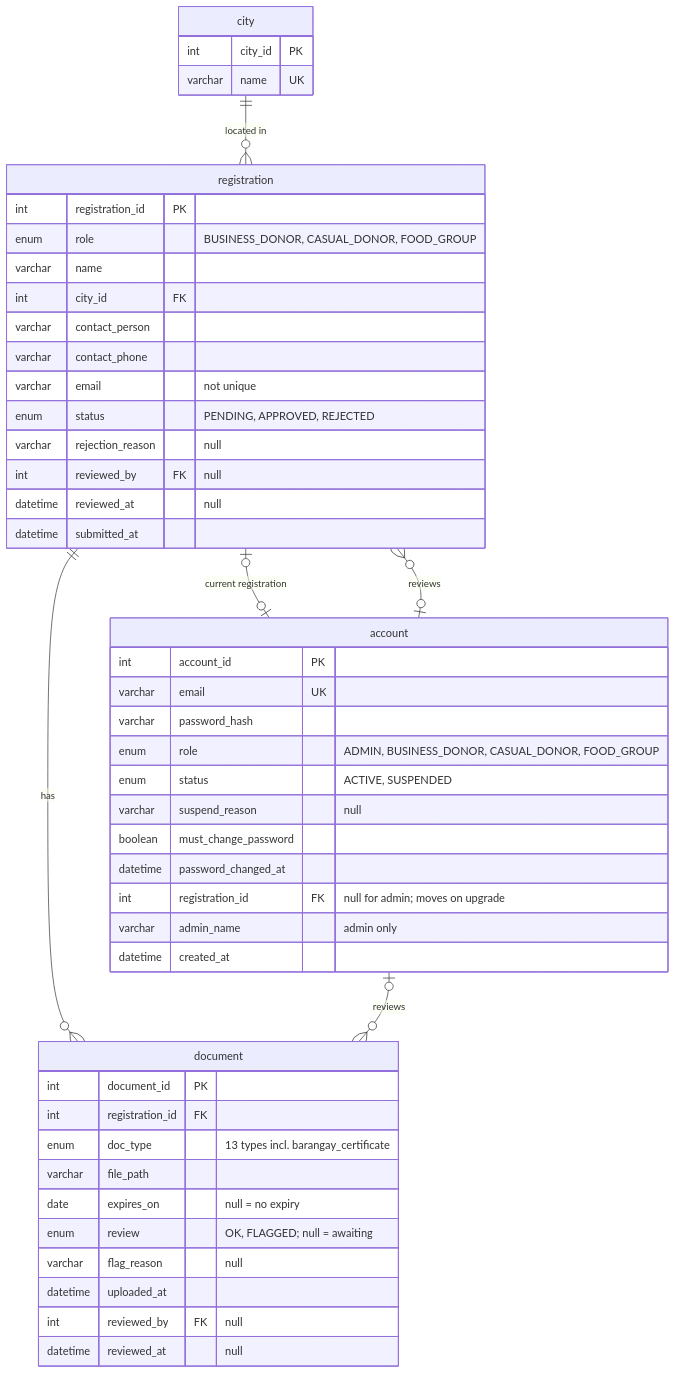
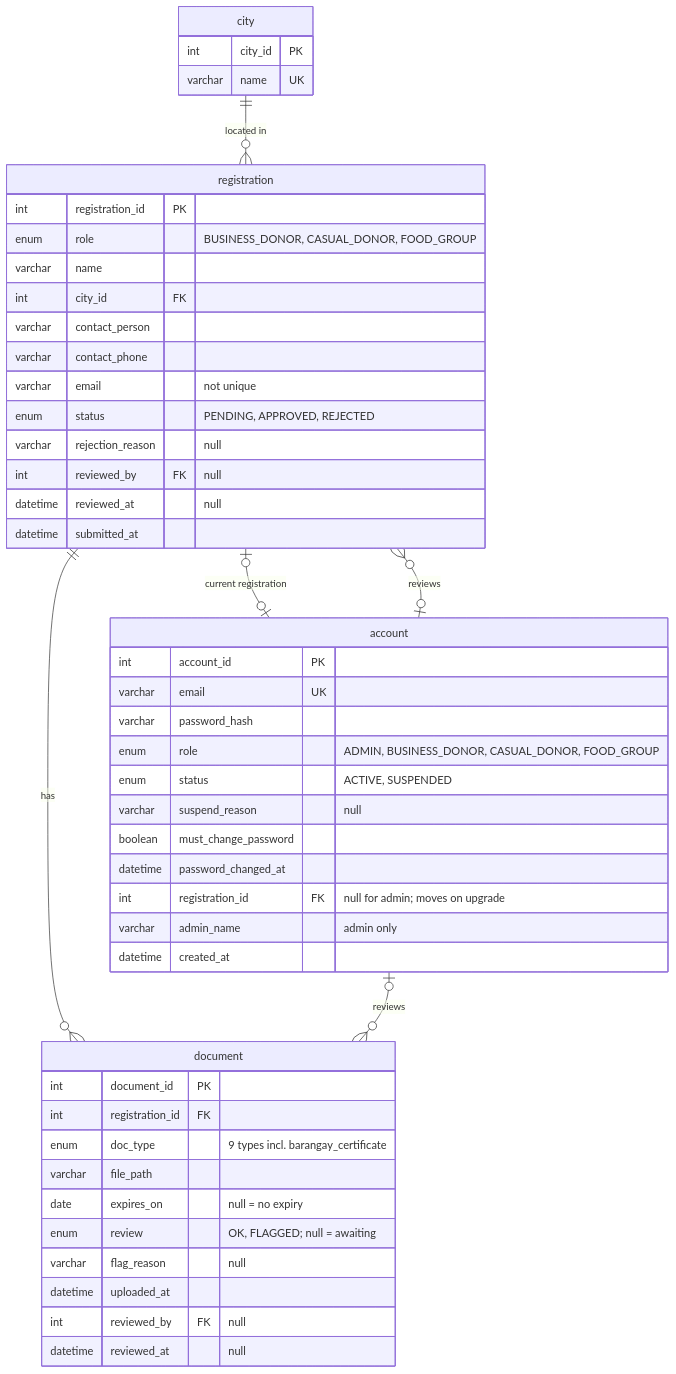
The first of 2 diagrams in docs/Redesign Draft.md (Az-Zav/ANIPLATO), drawn with Mermaid before and after one commit. The commit also changed other lines of this file and 1 other file, not shown here.

````diff
--- a/docs/Redesign Draft.md
+++ b/docs/Redesign Draft.md
@@ -589,52 +587,52 @@
 ```mermaid
 erDiagram
   city ||--o{ registration : "located in"
   registration ||--o{ document : "has"
   registration |o--o| account : "current registration"
   account |o--o{ registration : "reviews"
   account |o--o{ document : "reviews"
 
   city {
     int city_id PK
     varchar name UK
   }
   registration {
     int registration_id PK
     enum role "BUSINESS_DONOR, CASUAL_DONOR, FOOD_GROUP"
     varchar name
     int city_id FK
     varchar contact_person
     varchar contact_phone
     varchar email "not unique"
     enum status "PENDING, APPROVED, REJECTED"
     varchar rejection_reason "null"
     int reviewed_by FK "null"
     datetime reviewed_at "null"
     datetime submitted_at
   }
   account {
     int account_id PK
     varchar email UK
     varchar password_hash
     enum role "ADMIN, BUSINESS_DONOR, CASUAL_DONOR, FOOD_GROUP"
     enum status "ACTIVE, SUSPENDED"
     varchar suspend_reason "null"
     boolean must_change_password
     datetime password_changed_at
     int registration_id FK "null for admin; moves on upgrade"
     varchar admin_name "admin only"
     datetime created_at
   }
   document {
     int document_id PK
     int registration_id FK
-    enum doc_type "13 types incl. barangay_certificate"
+    enum doc_type "9 types incl. barangay_certificate"
     varchar file_path
     date expires_on "null = no expiry"
     enum review "OK, FLAGGED; null = awaiting"
     varchar flag_reason "null"
     datetime uploaded_at
     int reviewed_by FK "null"
     datetime reviewed_at "null"
   }
 ```
````
